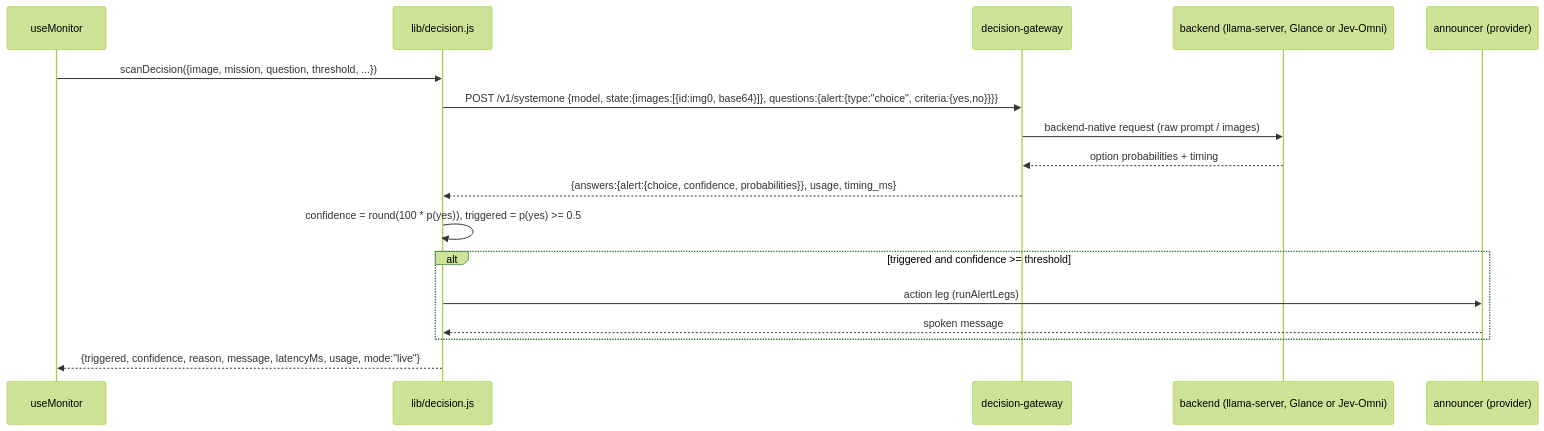
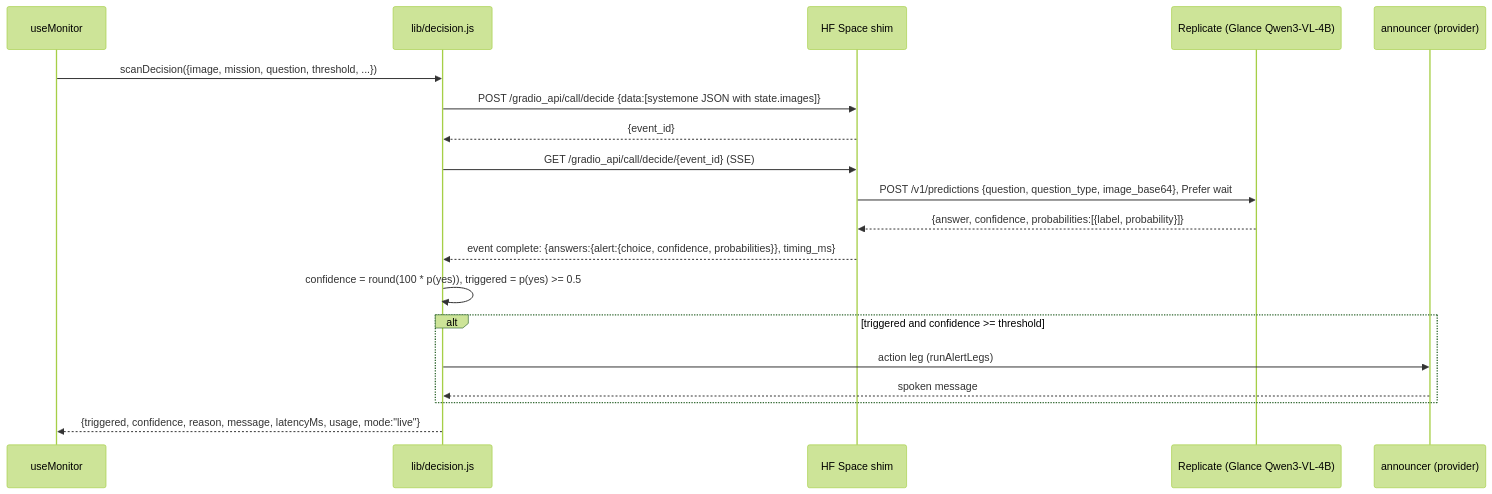
Before and after one commit to barakplasma/Aura: the second of 2 diagrams in docs/PRD-decision-engine.md, drawn with Mermaid (forest theme). The commit also changed other lines of this file, not shown here.

First line of the commit message:
docs(prd): make a private HF Space -> Replicate Glance the default path

````diff
--- a/docs/PRD-decision-engine.md
+++ b/docs/PRD-decision-engine.md
@@ -173,20 +178,22 @@
 ```mermaid
 sequenceDiagram
   participant M as useMonitor
   participant D as lib/decision.js
-  participant G as decision-gateway
-  participant B as backend (llama-server, Glance or Jev-Omni)
+  participant G as HF Space shim
+  participant B as Replicate (Glance Qwen3-VL-4B)
   participant P as announcer (provider)
 
   M->>D: scanDecision({image, mission, question, threshold, ...})
-  D->>G: POST /v1/systemone {model, state:{images:[{id:img0, base64}]}, questions:{alert:{type:"choice", criteria:{yes,no}}}}
-  G->>B: backend-native request (raw prompt / images)
-  B-->>G: option probabilities + timing
-  G-->>D: {answers:{alert:{choice, confidence, probabilities}}, usage, timing_ms}
+  D->>G: POST /gradio_api/call/decide {data:[systemone JSON with state.images]}
+  G-->>D: {event_id}
+  D->>G: GET /gradio_api/call/decide/{event_id} (SSE)
+  G->>B: POST /v1/predictions {question, question_type, image_base64}, Prefer wait
+  B-->>G: {answer, confidence, probabilities:[{label, probability}]}
+  G-->>D: event complete: {answers:{alert:{choice, confidence, probabilities}}, timing_ms}
   D->>D: confidence = round(100 * p(yes)), triggered = p(yes) >= 0.5
   alt triggered and confidence >= threshold
     D->>P: action leg (runAlertLegs)
     P-->>D: spoken message
   end
   D-->>M: {triggered, confidence, reason, message, latencyMs, usage, mode:"live"}
 ```
````
